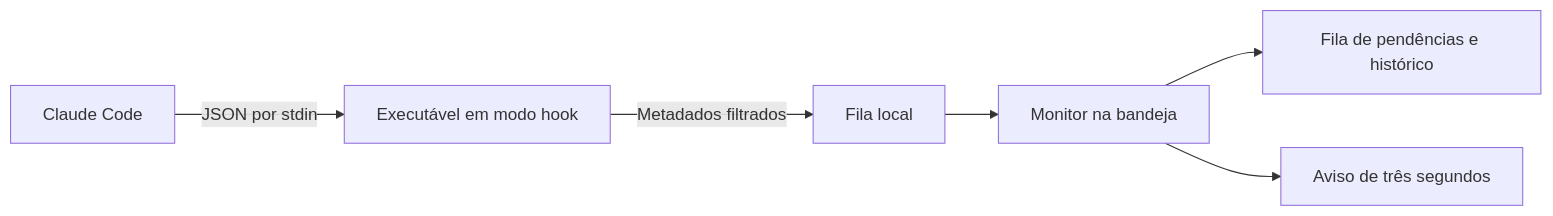
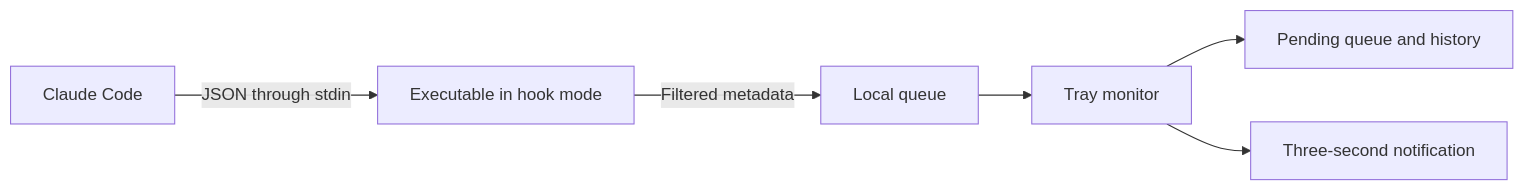
One commit to victorcqueiroz/CodePing changed the diagram in README.md. Above: the diagram before and after it, drawn with Mermaid. The commit also changed other lines of this file and 10 other files, not shown here.

````diff
--- a/README.md
+++ b/README.md
@@ -209,8 +211,8 @@
 ```mermaid
 flowchart LR
-    A[Claude Code] -->|JSON por stdin| B[Executável em modo hook]
-    B -->|Metadados filtrados| C[Fila local]
-    C --> D[Monitor na bandeja]
-    D --> E[Fila de pendências e histórico]
-    D --> F[Aviso de três segundos]
+    A[Claude Code] -->|JSON through stdin| B[Executable in hook mode]
+    B -->|Filtered metadata| C[Local queue]
+    C --> D[Tray monitor]
+    D --> E[Pending queue and history]
+    D --> F[Three-second notification]
 ```
````
